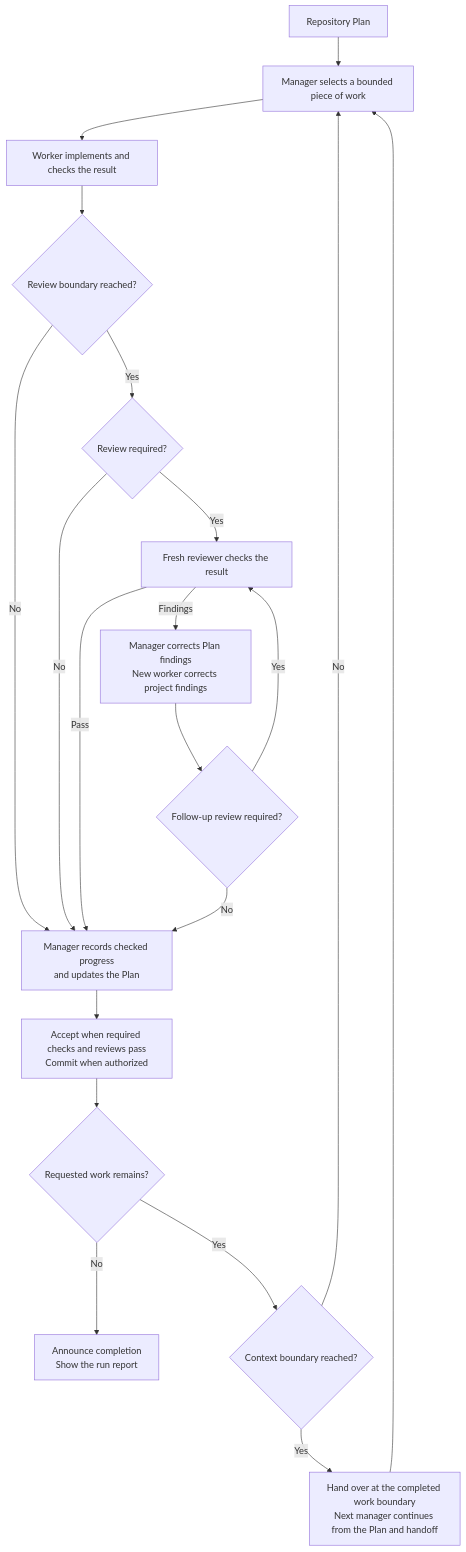
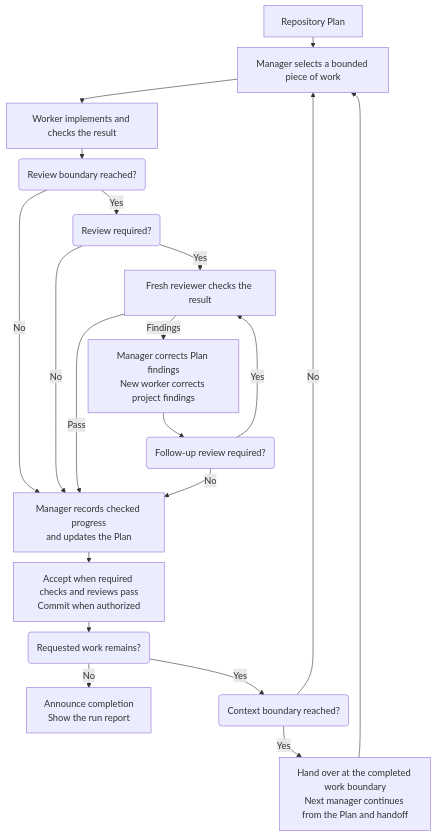
The diagram in README.md (benjaminstelzer/scoville-suite-for-codex), drawn with Mermaid before and after one commit. The commit also changed 2 other files, not shown here.

Commit message:
Compact the Workflow README flowchart

````diff
--- a/README.md
+++ b/README.md
@@ -63,22 +63,23 @@
 ```mermaid
+%%{init: {'flowchart': {'nodeSpacing': 20, 'rankSpacing': 18}}}%%
 flowchart TD
     P["Repository Plan"] --> C["Manager selects a bounded piece of work"]
     C --> W["Worker implements and checks the result"]
-    W --> B{"Review boundary reached?"}
+    W --> B("Review boundary reached?")
     B -->|No| A
-    B -->|Yes| G{"Review required?"}
+    B -->|Yes| G("Review required?")
     G -->|Yes| R["Fresh reviewer checks the result"]
     G -->|No| A["Manager records checked progress<br/>and updates the Plan"]
     R -->|Pass| A
     R -->|Findings| F["Manager corrects Plan findings<br/>New worker corrects project findings"]
-    F --> Q{"Follow-up review required?"}
+    F --> Q("Follow-up review required?")
     Q -->|Yes| R
     Q -->|No| A
     A --> E["Accept when required checks and reviews pass<br/>Commit when authorized"]
-    E --> N{"Requested work remains?"}
+    E --> N("Requested work remains?")
     N -->|No| D["Announce completion<br/>Show the run report"]
-    N -->|Yes| T{"Context boundary reached?"}
+    N -->|Yes| T("Context boundary reached?")
     T -->|No| C
     T -->|Yes| H["Hand over at the completed work boundary<br/>Next manager continues from the Plan and handoff"]
     H --> C
 ```
````
